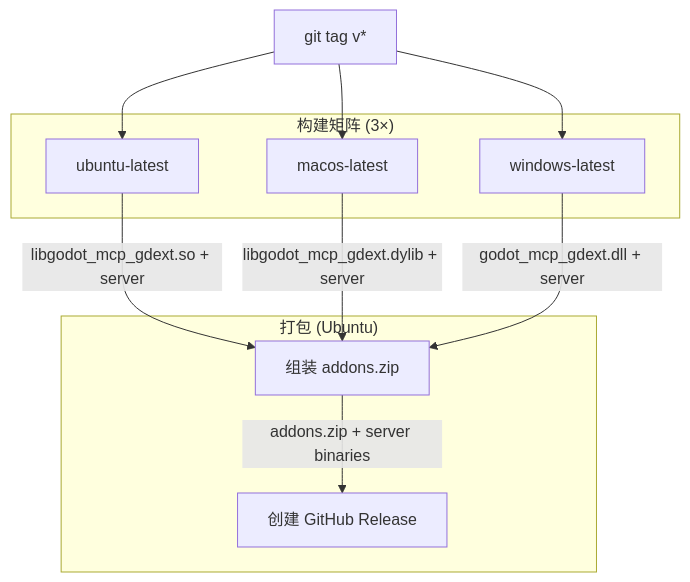
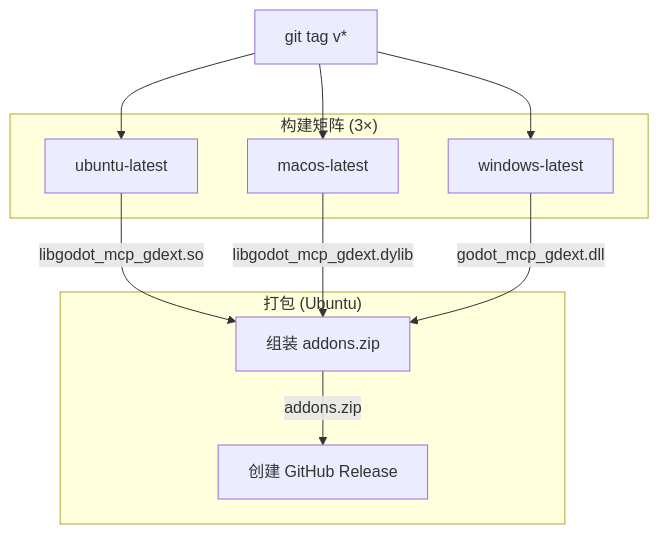
One commit to jesspig/GodotMCP-GDExtension changed the second of 2 diagrams in .repo_wiki/reference/ci-cd.md. Above: the diagram before and after it, drawn with Mermaid. The commit also changed other lines of this file and 24 other files, not shown here.

````diff
--- a/.repo_wiki/reference/ci-cd.md
+++ b/.repo_wiki/reference/ci-cd.md
@@ -26,20 +23,20 @@
 ```mermaid
 flowchart TD
     subgraph Build["构建矩阵 (3×)"]
         L[ubuntu-latest]
         M[macos-latest]
         W[windows-latest]
     end
     subgraph Package["打包 (Ubuntu)"]
         P[组装 addons.zip]
         R[创建 GitHub Release]
     end
     
     A[git tag v*] --> L
     A --> M
     A --> W
-    L -->|libgodot_mcp_gdext.so + server| P
-    M -->|libgodot_mcp_gdext.dylib + server| P
-    W -->|godot_mcp_gdext.dll + server| P
-    P -->|addons.zip + server binaries| R
+    L -->|libgodot_mcp_gdext.so| P
+    M -->|libgodot_mcp_gdext.dylib| P
+    W -->|godot_mcp_gdext.dll| P
+    P -->|addons.zip| R
 ```
````
